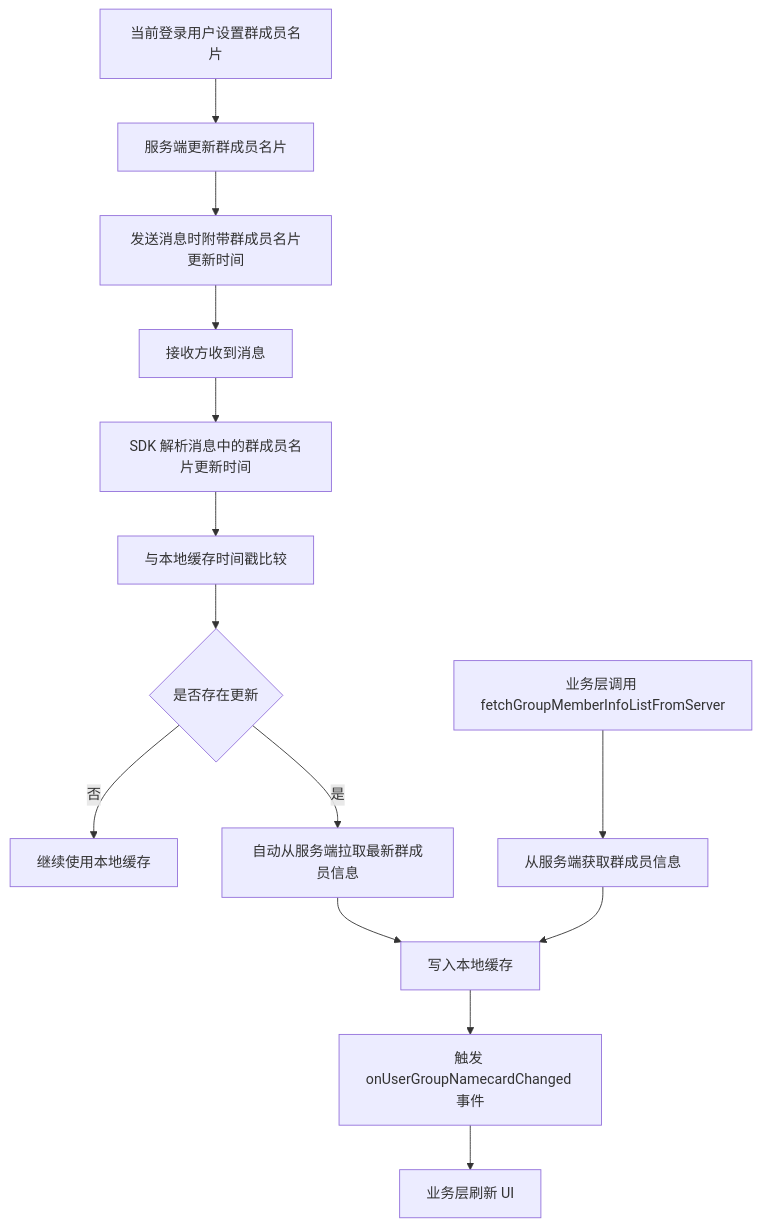
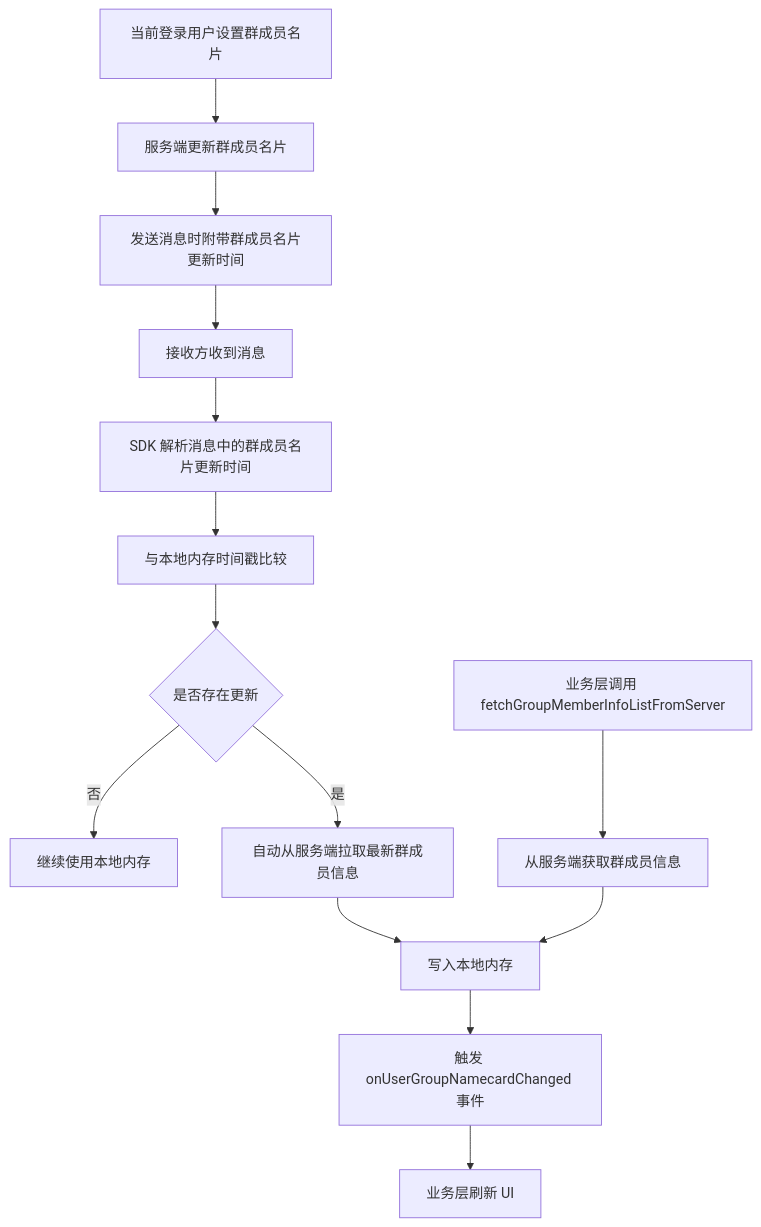
The diagram in docs/document/ios/group_namecard.md (easemob/easemob-doc), drawn with Mermaid before and after one commit. The commit also changed other lines of this file and 1 other file, not shown here.

````diff
--- a/docs/document/ios/group_namecard.md
+++ b/docs/document/ios/group_namecard.md
@@ -23,18 +23,18 @@
 ```mermaid
 flowchart TD
     A["当前登录用户设置群成员名片"] --> B["服务端更新群成员名片"]
     B --> C["发送消息时附带群成员名片更新时间"]
     C --> D["接收方收到消息"]
     D --> E["SDK 解析消息中的群成员名片更新时间"]
-    E --> F["与本地缓存时间戳比较"]
+    E --> F["与本地内存时间戳比较"]
     F --> G{"是否存在更新"}
-    G -- "否" --> H["继续使用本地缓存"]
+    G -- "否" --> H["继续使用本地内存"]
     G -- "是" --> I["自动从服务端拉取最新群成员信息"]
-    I --> J["写入本地缓存"]
+    I --> J["写入本地内存"]
     J --> K["触发 onUserGroupNamecardChanged 事件"]
     K --> L["业务层刷新 UI"]
 
     M["业务层调用 fetchGroupMemberInfoListFromServer"] --> N["从服务端获取群成员信息"]
     N --> J
 
 ```
````
